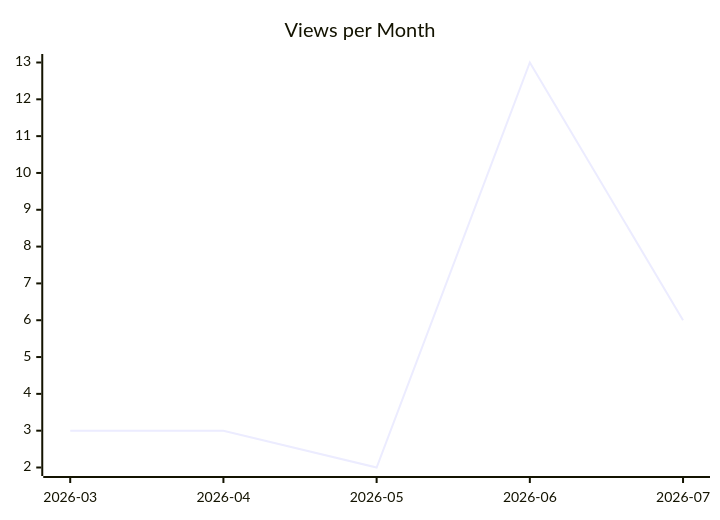
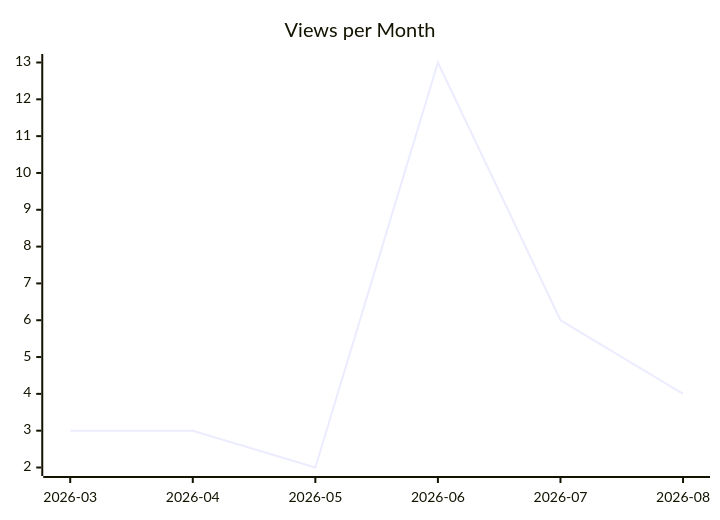
The second of 3 diagrams in karlmdavis/rps-tourney/README.md (justdavis-family/github-analytics-data), drawn with Mermaid before and after one commit. The commit also changed other lines of this file and 180 other files, not shown here.

````diff
--- a/karlmdavis/rps-tourney/README.md
+++ b/karlmdavis/rps-tourney/README.md
@@ -12,6 +12,6 @@
 ```mermaid
 xychart-beta
   title "Views per Month"
-  x-axis ["2026-03", "2026-04", "2026-05", "2026-06", "2026-07"]
-  line [3, 3, 2, 13, 6]
+  x-axis ["2026-03", "2026-04", "2026-05", "2026-06", "2026-07", "2026-08"]
+  line [3, 3, 2, 13, 6, 4]
 ```
````
